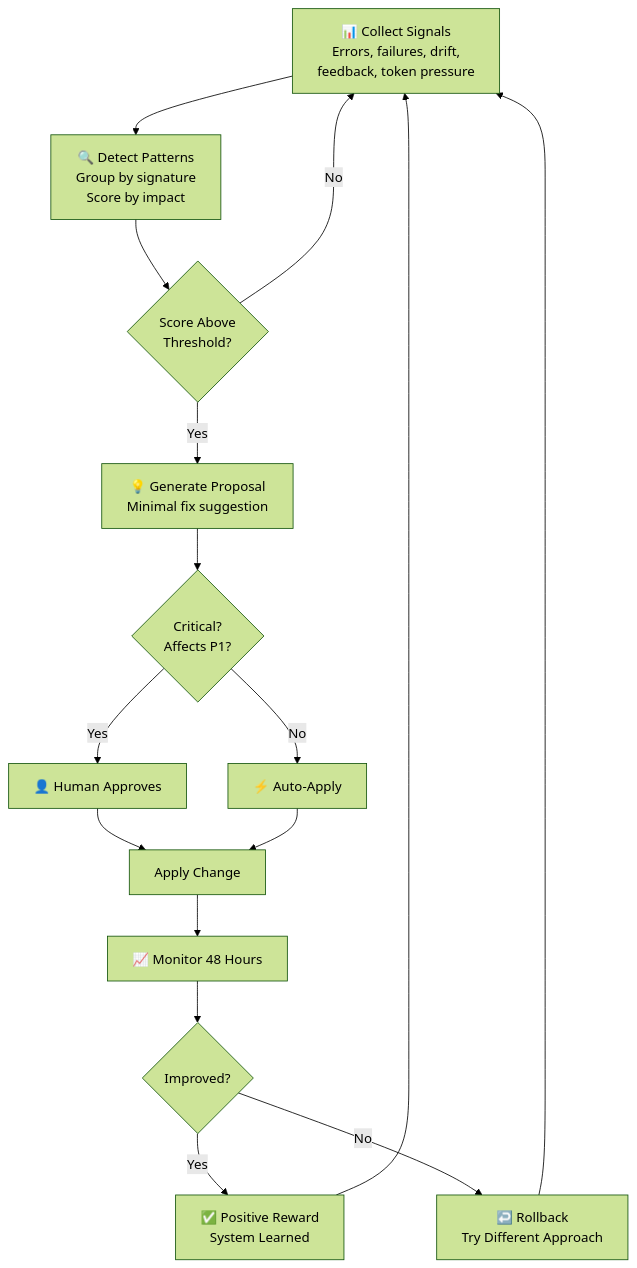
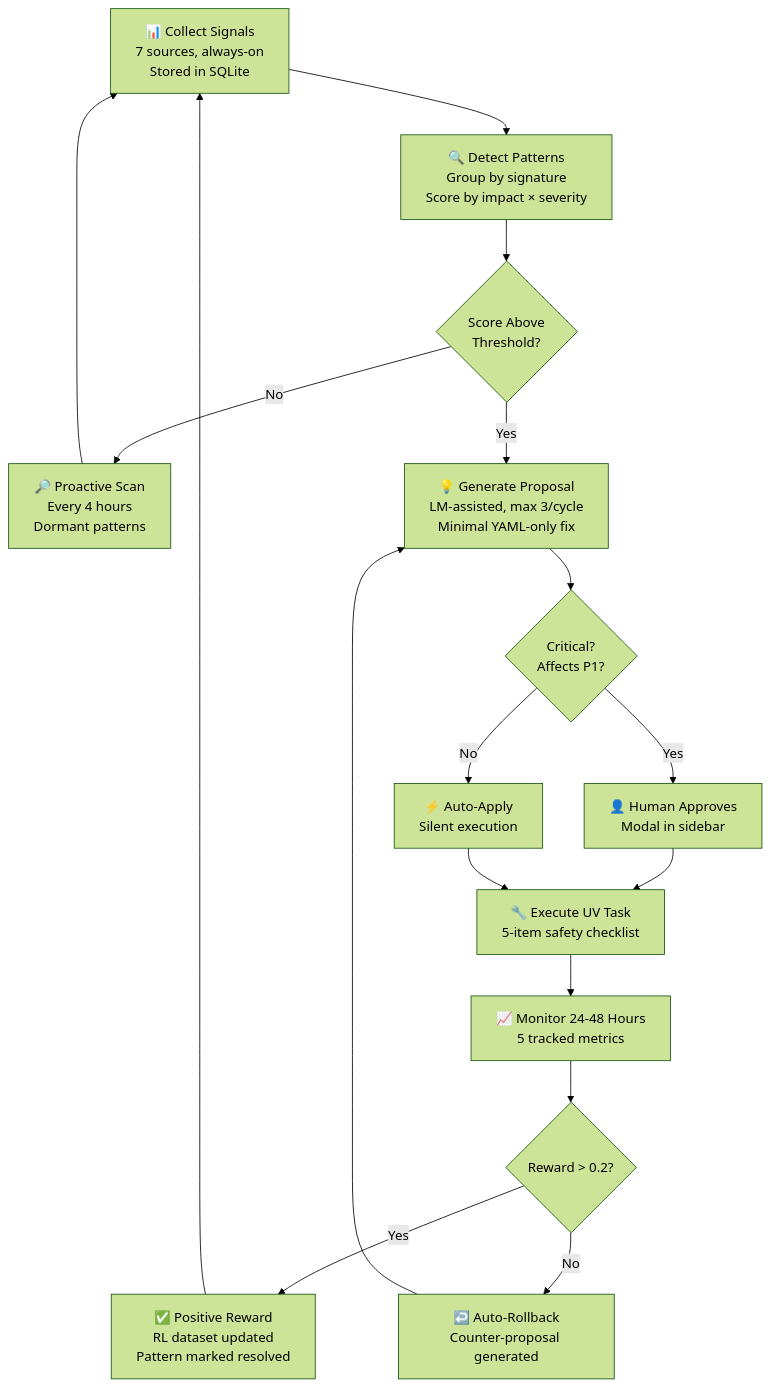
Before and after one commit to xXKillerNoobYT/Copilot-Orchestration-Extension-COE-Run-2: the second of 2 diagrams in True Plan/07-Program-Lifecycle-and-Evolution.md, drawn with Mermaid (forest theme). The commit also changed other lines of this file and 36 other files, not shown here.

````diff
--- a/True Plan/07-Program-Lifecycle-and-Evolution.md
+++ b/True Plan/07-Program-Lifecycle-and-Evolution.md
@@ -115,22 +272,23 @@
 ```mermaid
 flowchart TB
-    COLLECT[📊 Collect Signals<br/>Errors, failures, drift,<br/>feedback, token pressure] --> DETECT[🔍 Detect Patterns<br/>Group by signature<br/>Score by impact]
+    COLLECT[📊 Collect Signals<br/>7 sources, always-on<br/>Stored in SQLite] --> DETECT[🔍 Detect Patterns<br/>Group by signature<br/>Score by impact × severity]
 
     DETECT --> SCORE{Score Above<br/>Threshold?}
-    SCORE -->|No| COLLECT
-    SCORE -->|Yes| PROPOSE[💡 Generate Proposal<br/>Minimal fix suggestion]
+    SCORE -->|No| PROACTIVE[🔎 Proactive Scan<br/>Every 4 hours<br/>Dormant patterns]
+    PROACTIVE --> COLLECT
+    SCORE -->|Yes| PROPOSE[💡 Generate Proposal<br/>LM-assisted, max 3/cycle<br/>Minimal YAML-only fix]
 
     PROPOSE --> GATE{Critical?<br/>Affects P1?}
-    GATE -->|Yes| HUMAN[👤 Human Approves]
-    GATE -->|No| AUTO[⚡ Auto-Apply]
+    GATE -->|Yes| HUMAN[👤 Human Approves<br/>Modal in sidebar]
+    GATE -->|No| AUTO[⚡ Auto-Apply<br/>Silent execution]
 
-    HUMAN --> APPLY[Apply Change]
-    AUTO --> APPLY
+    HUMAN --> EXECUTE[🔧 Execute UV Task<br/>5-item safety checklist]
+    AUTO --> EXECUTE
 
-    APPLY --> MONITOR[📈 Monitor 48 Hours]
-    MONITOR --> EVAL{Improved?}
-    EVAL -->|Yes| LEARN[✅ Positive Reward<br/>System Learned]
-    EVAL -->|No| ROLLBACK[↩️ Rollback<br/>Try Different Approach]
-    ROLLBACK --> COLLECT
+    EXECUTE --> MONITOR[📈 Monitor 24-48 Hours<br/>5 tracked metrics]
+    MONITOR --> EVAL{Reward > 0.2?}
+    EVAL -->|Yes| LEARN[✅ Positive Reward<br/>RL dataset updated<br/>Pattern marked resolved]
+    EVAL -->|No| ROLLBACK[↩️ Auto-Rollback<br/>Counter-proposal generated]
+    ROLLBACK --> PROPOSE
     LEARN --> COLLECT
 ```
````
